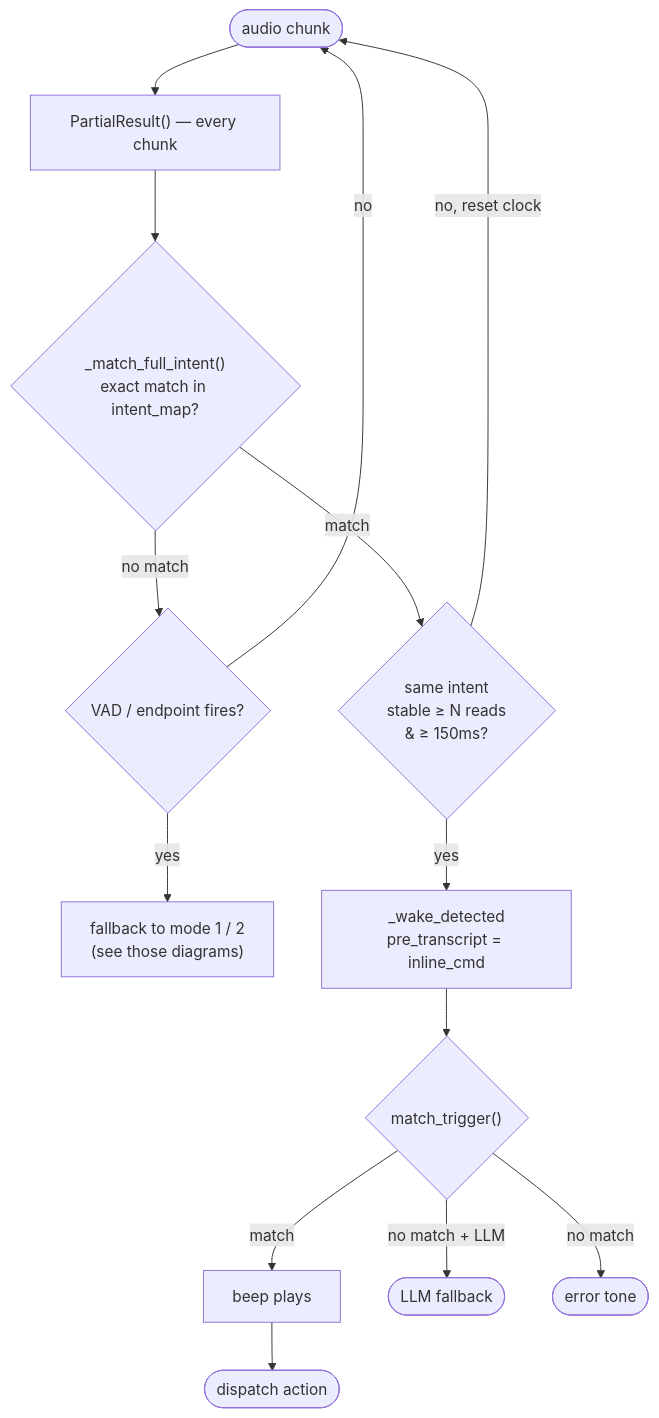
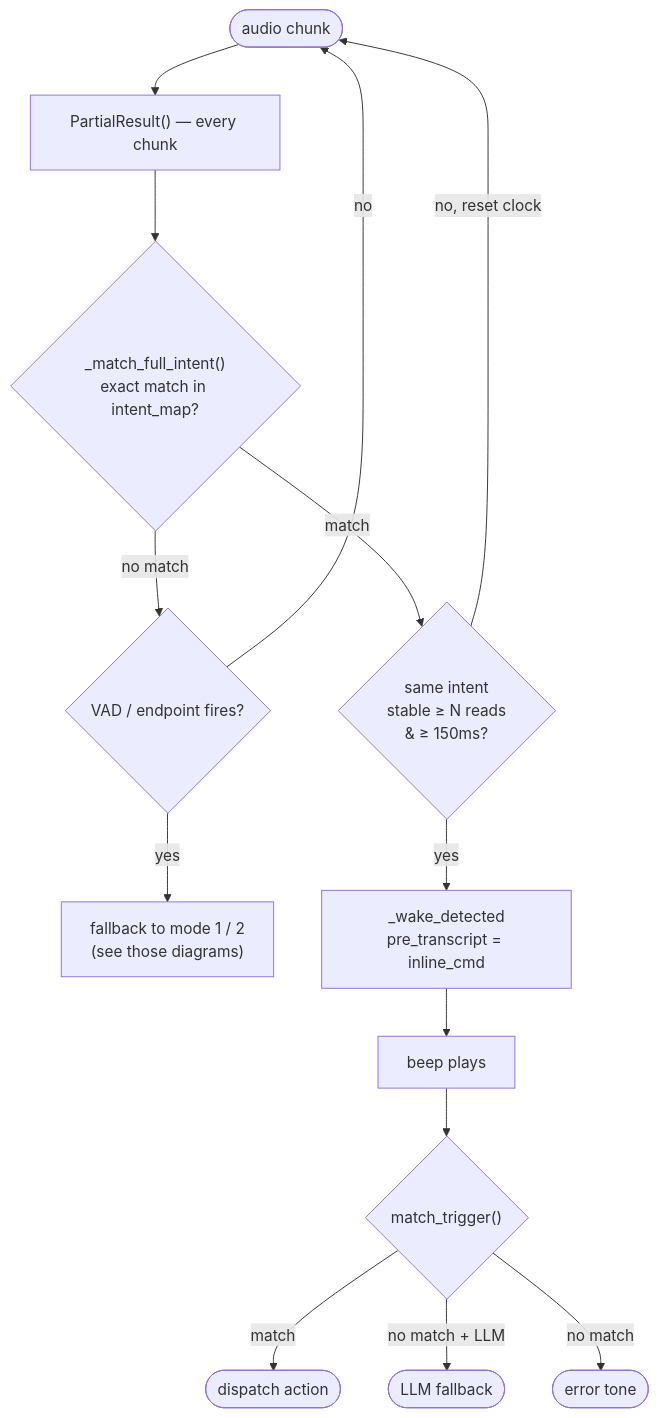
The third of 3 diagrams in docs/stt-modes.md (scipioni/alexa-custom), drawn with Mermaid before and after one commit. The commit also changed other lines of this file and 12 other files, not shown here.

````diff
--- a/docs/stt-modes.md
+++ b/docs/stt-modes.md
@@ -128,17 +132,17 @@
 ```mermaid
 flowchart TD
     A([audio chunk]) --> PR["PartialResult() — every chunk"]
     PR --> MFI{"_match_full_intent()\nexact match in intent_map?"}
     MFI -->|no match| VAD{"VAD / endpoint fires?"}
     VAD -->|no| A
     VAD -->|yes| FB["fallback to mode 1 / 2\n(see those diagrams)"]
 
     MFI -->|match| ST{"same intent\nstable ≥ N reads\n& ≥ 150ms?"}
     ST -->|no, reset clock| A
     ST -->|yes| WD["_wake_detected\npre_transcript = inline_cmd"]
-    WD --> TM{"match_trigger()"}
-    TM -->|match| BEEP[beep plays]
-    BEEP --> D([dispatch action])
+    WD --> BEEP[beep plays]
+    BEEP --> TM{"match_trigger()"}
+    TM -->|match| D([dispatch action])
     TM -->|"no match + LLM"| LLM([LLM fallback])
     TM -->|"no match"| ERR([error tone])
 ```
````
